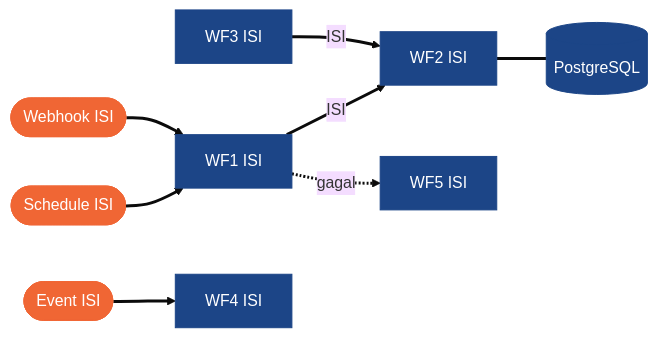
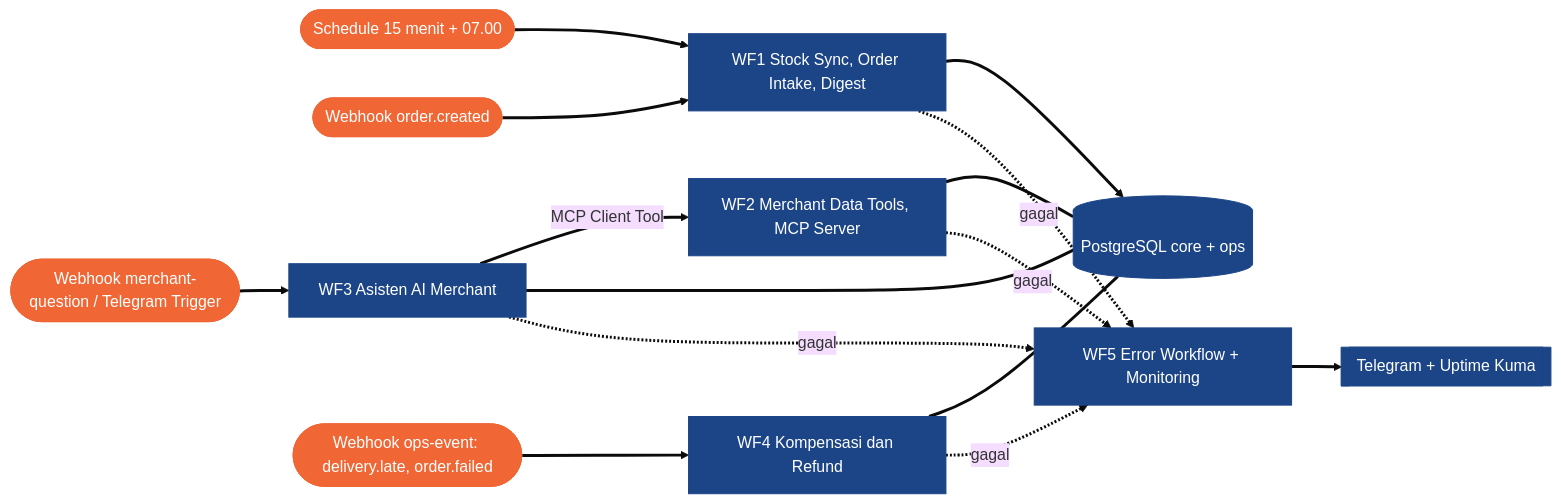
One commit to muhgifariakbar/milestone_phase_3 changed the diagram in docs/02-desain-solusi-roi.md. Above: the diagram before and after it, drawn with Mermaid (base theme). The commit also changed other lines of this file and 14 other files, not shown here.

First line of the commit message:
Fill docs 01-05, add WF1 per-merchant loop and retry, set error workflow, add deploy evidence

````diff
--- a/docs/02-desain-solusi-roi.md
+++ b/docs/02-desain-solusi-roi.md
@@ -13,24 +8,31 @@
 ```mermaid
 ---
 config:
   look: classic
   flowchart:
     subGraphTitleMargin:
       top: 12
       bottom: 12
 ---
 flowchart LR
-    S([Schedule ISI]) --> WF1[WF1 ISI]
-    H([Webhook ISI]) --> WF1
-    WF1 -->|ISI| WF2[WF2 ISI]
-    WF3[WF3 ISI] -->|ISI| WF2
-    EVT([Event ISI]) --> WF4[WF4 ISI]
-    WF2 --- DB[(PostgreSQL)]
-    WF1 -. gagal .-> WF5[WF5 ISI]
+    S([Schedule 15 menit + 07.00]) --> WF1[WF1 Stock Sync, Order Intake, Digest]
+    H([Webhook order.created]) --> WF1
+    Q([Webhook merchant-question / Telegram Trigger]) --> WF3[WF3 Asisten AI Merchant]
+    WF3 -->|MCP Client Tool| WF2[WF2 Merchant Data Tools, MCP Server]
+    EVT([Webhook ops-event: delivery.late, order.failed]) --> WF4[WF4 Kompensasi dan Refund]
+    WF1 --> DB[(PostgreSQL core + ops)]
+    WF2 --- DB
+    WF3 --- DB
+    WF4 --- DB
+    WF1 -. gagal .-> WF5[WF5 Error Workflow + Monitoring]
+    WF2 -. gagal .-> WF5
+    WF3 -. gagal .-> WF5
+    WF4 -. gagal .-> WF5
+    WF5 --> TG[[Telegram + Uptime Kuma]]
     linkStyle default stroke-width:3px
     classDef navy fill:#1C4587,stroke:#1C4587,color:#FFFFFF
     classDef orange fill:#F06634,stroke:#F06634,color:#FFFFFF
     classDef opt fill:none,stroke:#F06634,stroke-width:3px,stroke-dasharray:6 4
-    class S,H,EVT orange
-    class WF1,WF2,WF3,WF4,WF5,DB navy
+    class S,H,Q,EVT orange
+    class WF1,WF2,WF3,WF4,WF5,DB,TG navy
 ```
````
